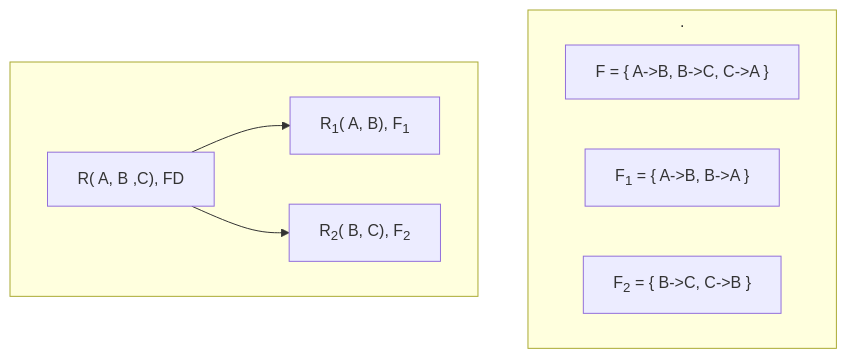
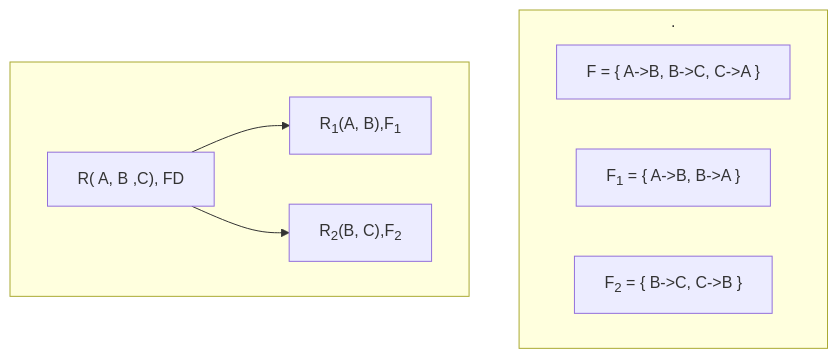
Before and after one commit to dibakash/IITM-DBMS: the diagram in README.md, drawn with Mermaid.

Commit message:
corrected

````diff
--- a/README.md
+++ b/README.md
@@ -267,17 +267,17 @@
 ```mermaid
 flowchart TB
    R["R( A, B ,C), FD"]
-   R1["R<sub>1</sub>( A, B), F<sub>1</sub>"]
-   R2["R<sub>2</sub>( B, C), F<sub>2</sub>"]
+   R1["R<sub>1</sub>(A, B),F<sub>1</sub>"]
+   R2["R<sub>2</sub>(B, C),F<sub>2</sub>"]
 
    subgraph "."
    F["F = { A->B, B->C, C->A }"]
    F1["F<sub>1</sub> = { A->B, B->A }"]
    F2["F<sub>2</sub> = { B->C, C->B }"]
    end
 
    subgraph " "
    R --> R1
    R --> R2
    end
 ```
````
